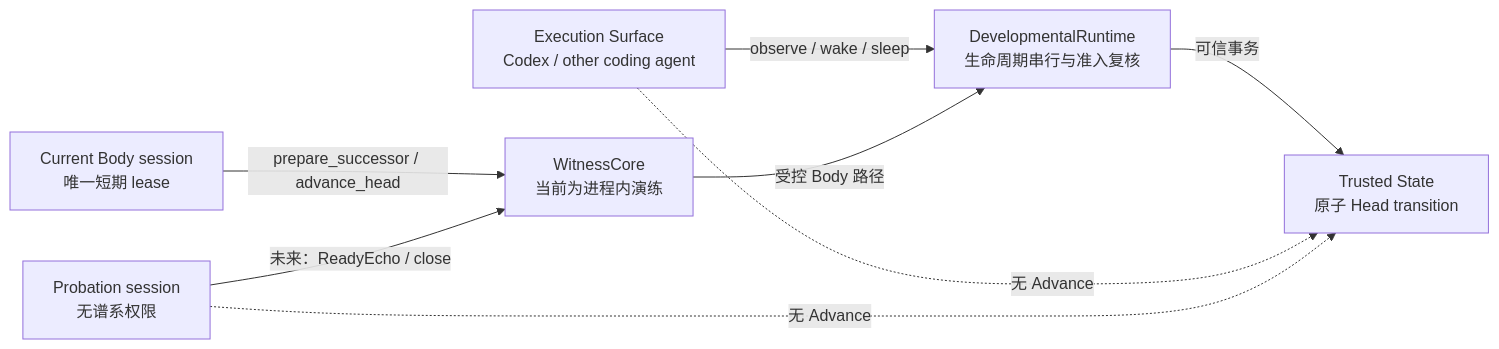
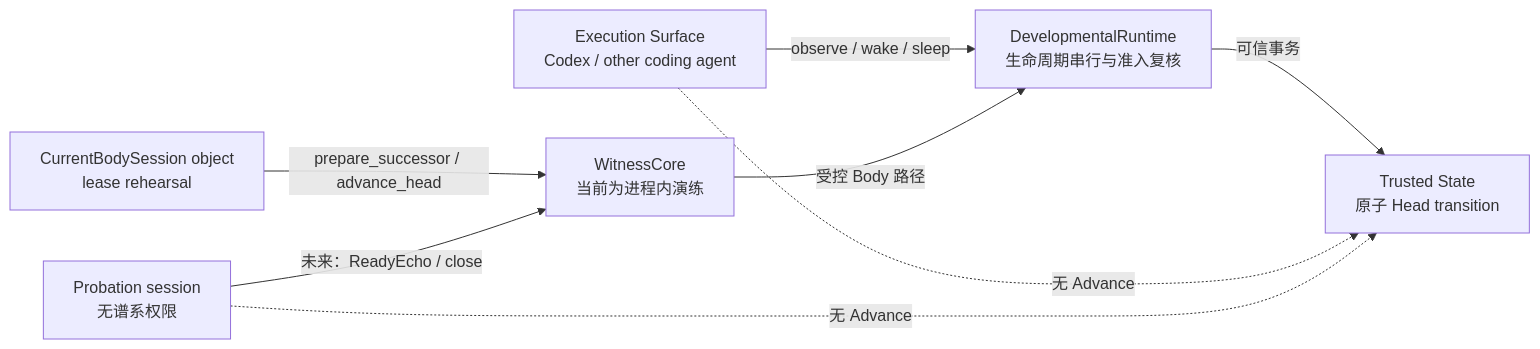
One commit to eonpaper123/Agentic-Evo changed the first of 2 diagrams in docs/engineering/CurrentBody私有会话租约.md. Above: the diagram before and after it, drawn with Mermaid. The commit also changed other lines of this file, not shown here.

Commit message:
docs: clarify lease rehearsal boundary

````diff
--- a/docs/engineering/CurrentBody私有会话租约.md
+++ b/docs/engineering/CurrentBody私有会话租约.md
@@ -49,17 +49,17 @@
 ```mermaid
 flowchart LR
     S["Execution Surface<br/>Codex / other coding agent"]
-    B["Current Body session<br/>唯一短期 lease"]
+    B["CurrentBodySession object<br/>lease rehearsal"]
     P["Probation session<br/>无谱系权限"]
     W["WitnessCore<br/>当前为进程内演练"]
     R["DevelopmentalRuntime<br/>生命周期串行与准入复核"]
     T["Trusted State<br/>原子 Head transition"]
 
     S -->|"observe / wake / sleep"| R
     B -->|"prepare_successor / advance_head"| W
     P -->|"未来：ReadyEcho / close"| W
     W -->|"受控 Body 路径"| R
     R -->|"可信事务"| T
     S -. "无 Advance" .-> T
     P -. "无 Advance" .-> T
 ```
````
